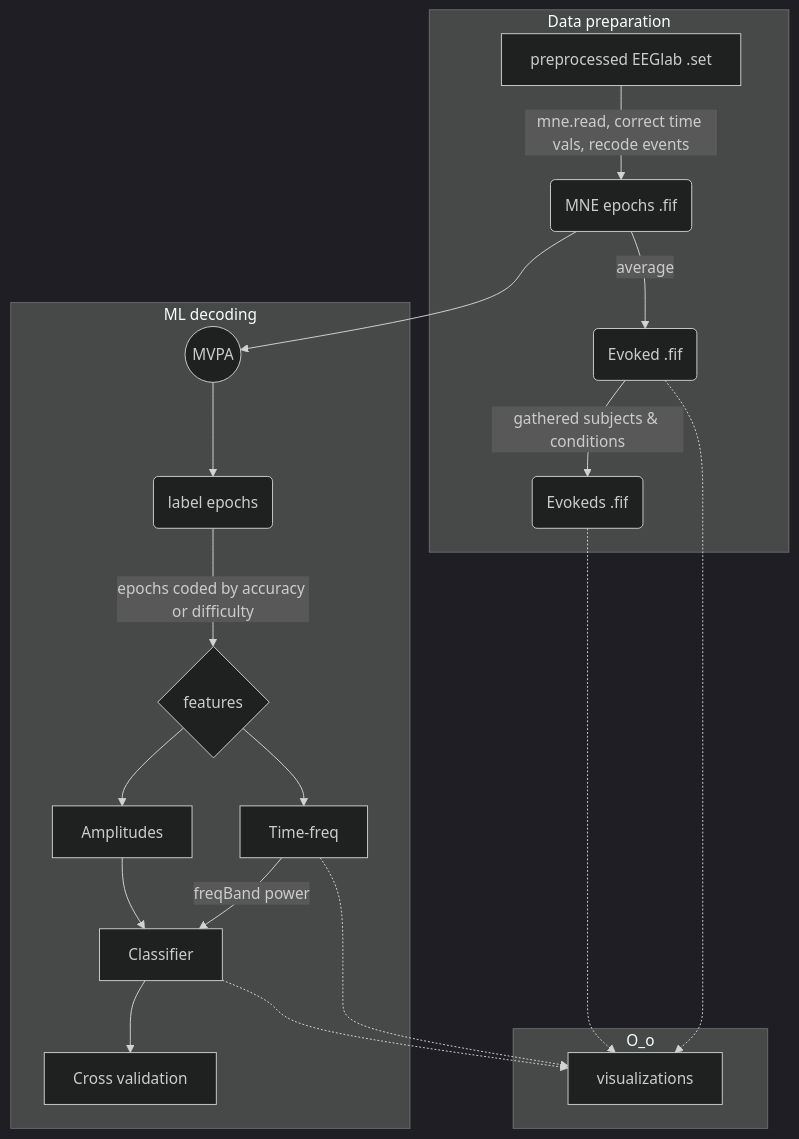
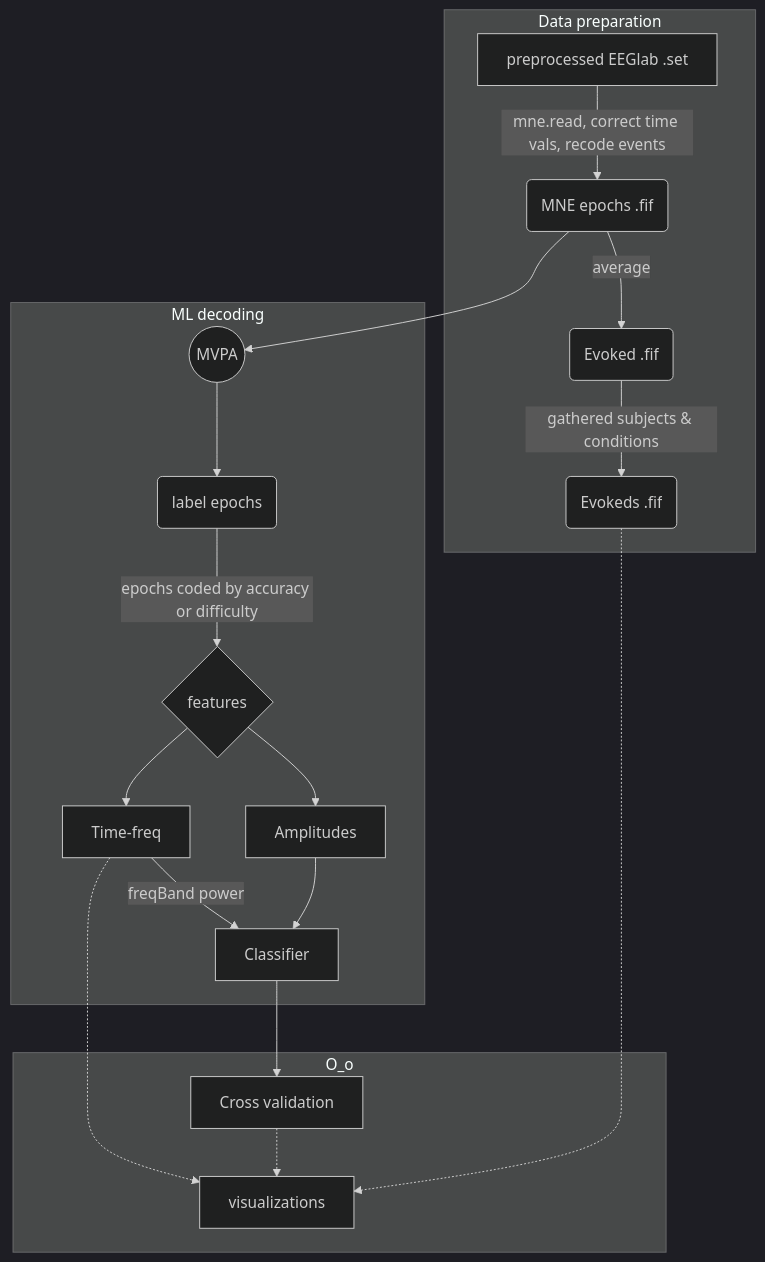
Before and after one commit to Neuroling/SPINCO_SINEEG: the first of 2 diagrams in Projects/SINEEG/DiN/README.md, drawn with Mermaid (dark theme). The commit also changed other lines of this file, not shown here.

````diff
--- a/Projects/SINEEG/DiN/README.md
+++ b/Projects/SINEEG/DiN/README.md
@@ -15,27 +15,26 @@
 ```mermaid
 flowchart TB
     subgraph Data preparation  
     
     A[preprocessed EEGlab .set] -->| mne.read, correct time vals, recode events| B(MNE epochs .fif)
     B --> |average|C(Evoked .fif)
     C -->|gathered subjects & conditions| D(Evokeds .fif)
     end
     subgraph O_o
-    C .-> V[visualizations]
+    CV .-> V[visualizations]
     D .-> V[visualizations]
     end
 
     subgraph ML decoding
     B --> E((MVPA))
     E --> CO(label epochs)
     CO --> |epochs coded by accuracy or difficulty| FEA{features}
     FEA --> TA[Amplitudes]
     FEA --> TF[Time-freq]
     TF --> |freqBand power|G[Classifier]
-    TF .-> V
-    G .-> V
+    TF .-> V    
     TA --> G
     G --> CV[Cross validation]
 
     end
 ```
````
